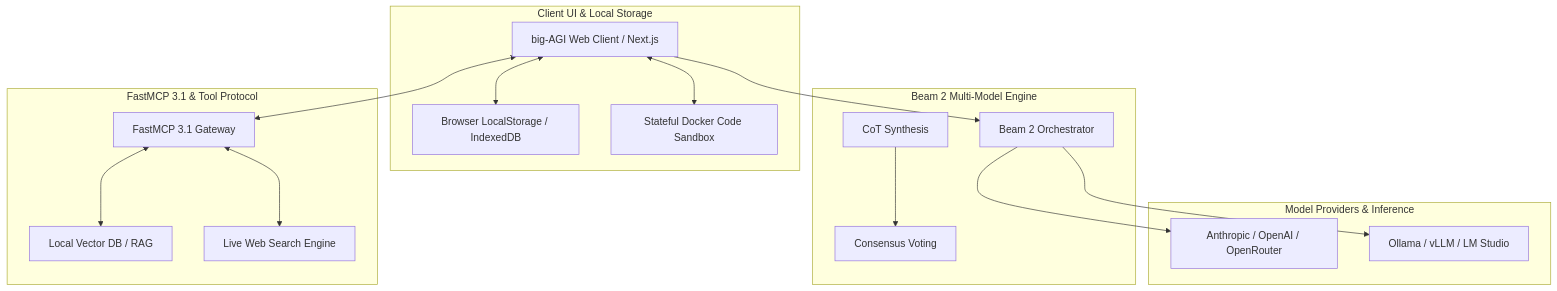
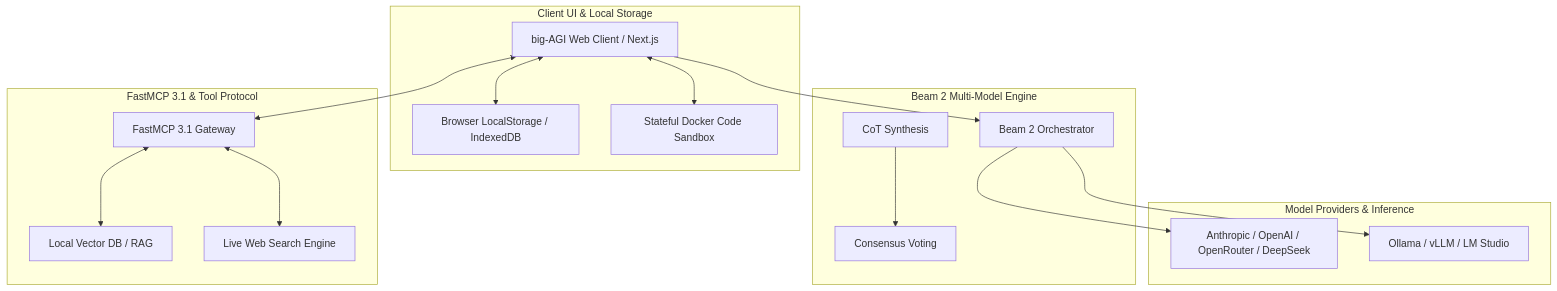
The diagram in docs/tools/ai_knowledge/big-agi.md (joanmarcriera/Home-office-automations), drawn with Mermaid before and after one commit. The commit also changed other lines of this file and 5 other files, not shown here.

````diff
--- a/docs/tools/ai_knowledge/big-agi.md
+++ b/docs/tools/ai_knowledge/big-agi.md
@@ -17,35 +17,35 @@
 ```mermaid
 graph TD
     subgraph Client UI & Local Storage
         UI[big-AGI Web Client / Next.js]
         LocalStore[Browser LocalStorage / IndexedDB]
         Sandbox[Stateful Docker Code Sandbox]
     end
 
     subgraph Beam 2 Multi-Model Engine
         Beam[Beam 2 Orchestrator]
         Cot[CoT Synthesis]
         Vote[Consensus Voting]
     end
 
     subgraph FastMCP 3.1 & Tool Protocol
         MCP[FastMCP 3.1 Gateway]
         VectorDB[Local Vector DB / RAG]
         WebSearch[Live Web Search Engine]
     end
 
     subgraph Model Providers & Inference
-        CloudAPI[Anthropic / OpenAI / OpenRouter]
+        CloudAPI[Anthropic / OpenAI / OpenRouter / DeepSeek]
         LocalLLM[Ollama / vLLM / LM Studio]
     end
 
     UI <--> LocalStore
     UI --> Beam
     UI <--> Sandbox
     Beam --> CloudAPI
     Beam --> LocalLLM
     UI <--> MCP
     MCP <--> VectorDB
     MCP <--> WebSearch
     Cot --> Vote
 ```
````
